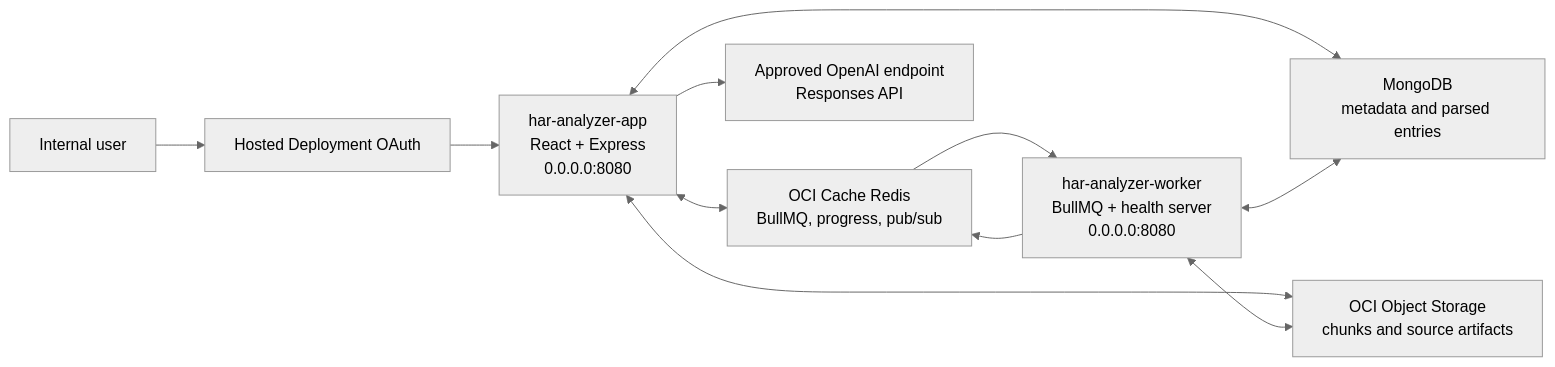
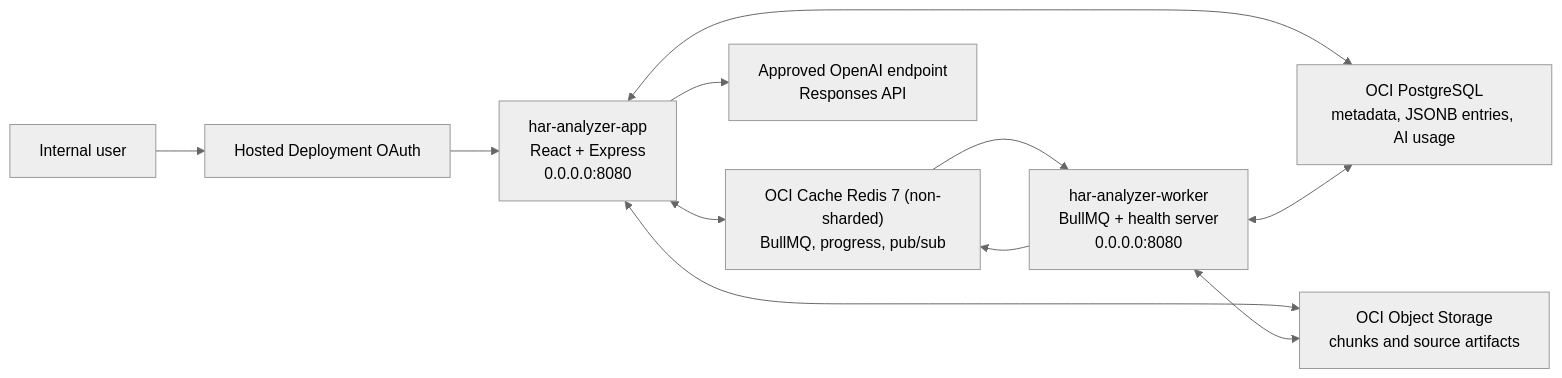
Before and after one commit to swarnim-sawane/HAR-File-Analyser: the first of 2 diagrams in docs/OCI_GENAI_HOSTED_DEPLOYMENT.md, drawn with Mermaid (neutral theme). The commit also changed other lines of this file and 51 other files, not shown here.

Commit message:
feat: migrate hosted persistence to PostgreSQL

````diff
--- a/docs/OCI_GENAI_HOSTED_DEPLOYMENT.md
+++ b/docs/OCI_GENAI_HOSTED_DEPLOYMENT.md
@@ -54,13 +55,13 @@
 ```mermaid
 flowchart LR
     User["Internal user"] --> OAuth["Hosted Deployment OAuth"]
     OAuth --> App["har-analyzer-app\nReact + Express\n0.0.0.0:8080"]
-    App <--> Redis["OCI Cache Redis\nBullMQ, progress, pub/sub"]
-    App <--> Mongo["MongoDB\nmetadata and parsed entries"]
+    App <--> Redis["OCI Cache Redis 7 (non-sharded)\nBullMQ, progress, pub/sub"]
+    App <--> Postgres["OCI PostgreSQL\nmetadata, JSONB entries, AI usage"]
     App <--> ObjectStorage["OCI Object Storage\nchunks and source artifacts"]
     App --> OpenAI["Approved OpenAI endpoint\nResponses API"]
     Redis --> Worker["har-analyzer-worker\nBullMQ + health server\n0.0.0.0:8080"]
-    Worker <--> Mongo
+    Worker <--> Postgres
     Worker <--> ObjectStorage
     Worker --> Redis
 ```
````
